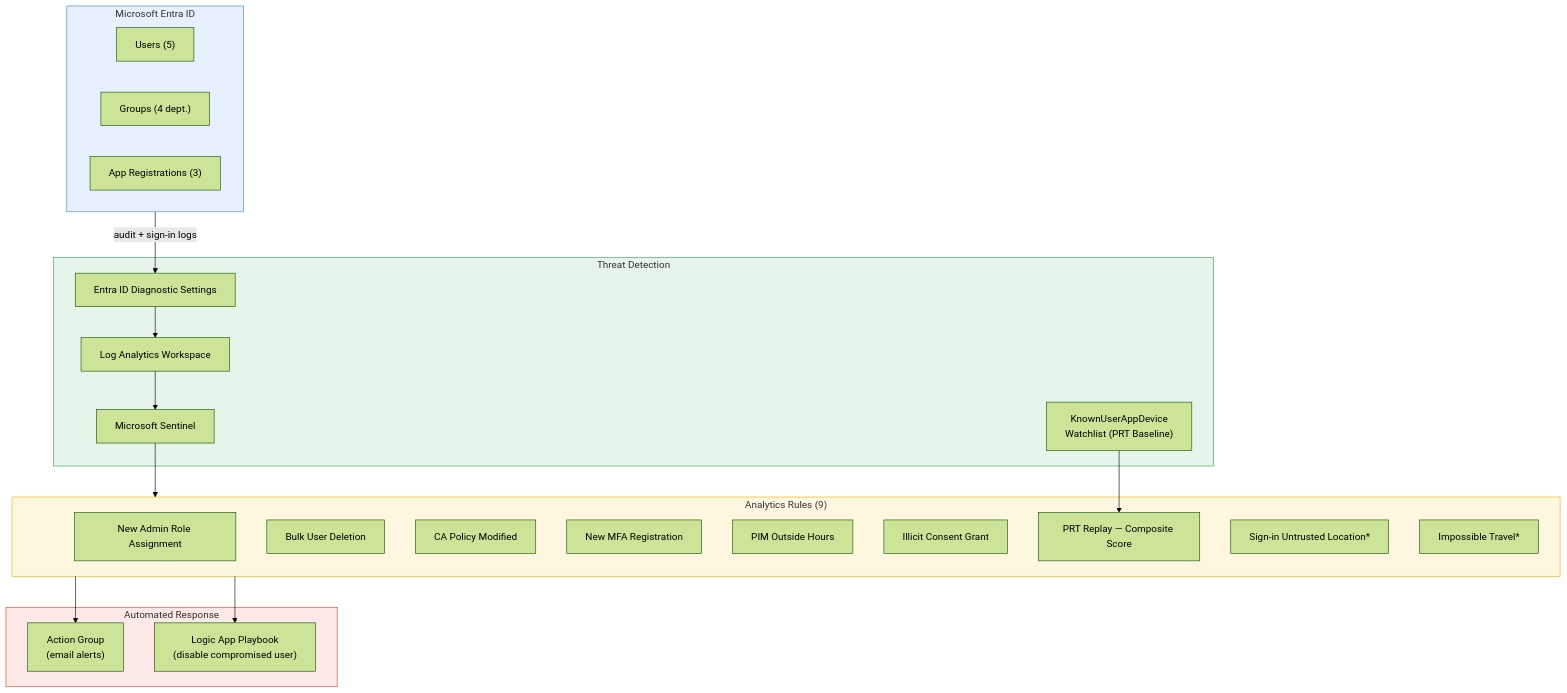
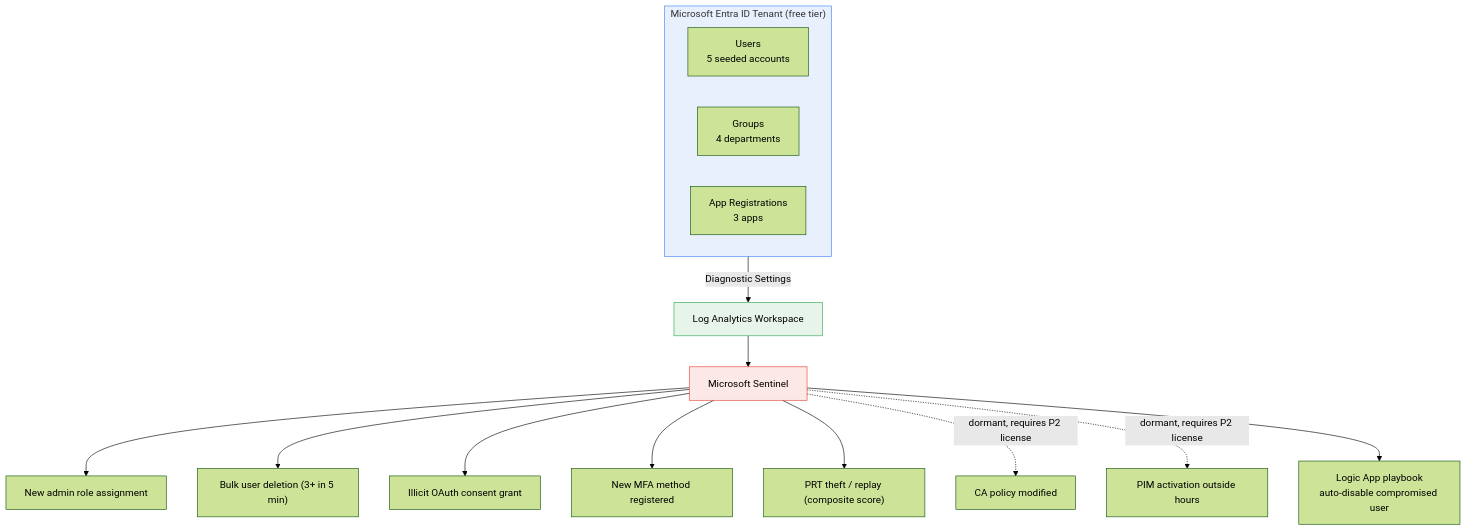
One commit to levismwangi/iam_project changed the first of 2 diagrams in README.md. Above: the diagram before and after it, drawn with Mermaid (forest theme). The commit also changed other lines of this file, not shown here.

````diff
--- a/README.md
+++ b/README.md
@@ -24,45 +22,25 @@
 ```mermaid
 flowchart TB
-    subgraph Entra["Microsoft Entra ID"]
-        Users["Users (5)"]
-        Groups["Groups (4 dept.)"]
-        Apps["App Registrations (3)"]
+    subgraph Tenant["Microsoft Entra ID Tenant (free tier)"]
+        Users["Users\n5 seeded accounts"]
+        Groups["Groups\n4 departments"]
+        Apps["App Registrations\n3 apps"]
     end
 
-    subgraph Detection["Threat Detection"]
-        DS["Entra ID Diagnostic Settings"]
-        LAW["Log Analytics Workspace"]
-        Sentinel["Microsoft Sentinel"]
-        Watchlist["KnownUserAppDevice\nWatchlist (PRT Baseline)"]
-    end
+    Tenant -->|Diagnostic Settings| LA["Log Analytics Workspace"]
+    LA --> Sentinel["Microsoft Sentinel"]
 
-    subgraph Rules["Analytics Rules (9)"]
-        R1["New Admin Role Assignment"]
-        R2["Bulk User Deletion"]
-        R3["CA Policy Modified"]
-        R4["New MFA Registration"]
-        R5["PIM Outside Hours"]
-        R6["Illicit Consent Grant"]
-        R7["PRT Replay — Composite Score"]
-        R8["Sign-in Untrusted Location*"]
-        R9["Impossible Travel*"]
-    end
+    Sentinel --> Alert1["New admin role assignment"]
+    Sentinel --> Alert2["Bulk user deletion (3+ in 5 min)"]
+    Sentinel --> Alert3["Illicit OAuth consent grant"]
+    Sentinel --> Alert4["New MFA method registered"]
+    Sentinel --> Alert5["PRT theft / replay (composite score)"]
+    Sentinel -.->|dormant, requires P2 license| Alert6["CA policy modified"]
+    Sentinel -.->|dormant, requires P2 license| Alert7["PIM activation outside hours"]
 
-    subgraph Response["Automated Response"]
-        AG["Action Group\n(email alerts)"]
-        LA["Logic App Playbook\n(disable compromised user)"]
-    end
+    Sentinel --> Playbook["Logic App playbook\nauto-disable compromised user"]
 
-    Entra -->|audit + sign-in logs| DS
-    DS --> LAW
-    LAW --> Sentinel
-    Watchlist --> R7
-    Sentinel --> Rules
-    Rules --> AG
-    Rules --> LA
-
-    style Entra fill:#e8f0fe,stroke:#4285f4
-    style Detection fill:#e6f4ea,stroke:#34a853
-    style Rules fill:#fef7e0,stroke:#f9ab00
-    style Response fill:#fce8e6,stroke:#ea4335
+    style Tenant fill:#e8f0fe,stroke:#4285f4
+    style LA fill:#e6f4ea,stroke:#34a853
+    style Sentinel fill:#fce8e6,stroke:#ea4335
 ```
````
